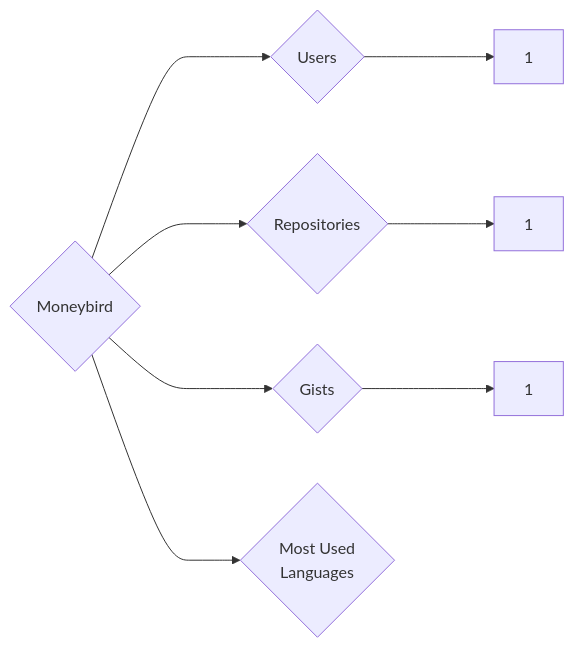
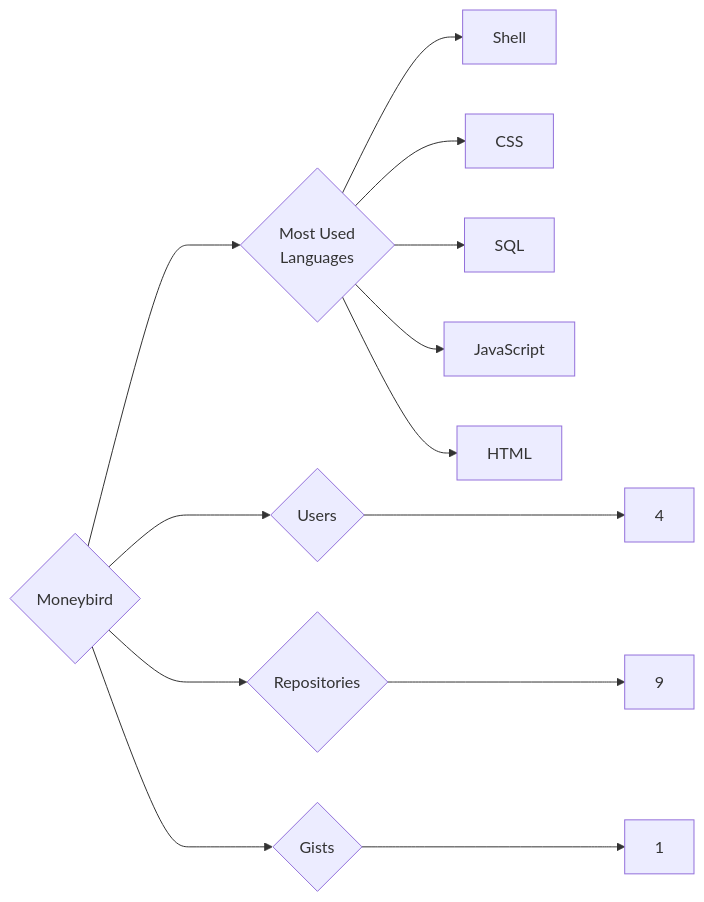
The diagram in targets/Moneybird/README.md (trickest/insiders), drawn with Mermaid before and after one commit. The commit also changed 903 other files, not shown here.

````diff
--- a/targets/Moneybird/README.md
+++ b/targets/Moneybird/README.md
@@ -3,8 +3,13 @@
 ```mermaid
 graph LR
 COMPANY_NAME{Moneybird}
-COMPANY_NAME ---> U{Users} ---> UN[1]
-COMPANY_NAME ---> R{Repositories} ---> RN[1]
+COMPANY_NAME ---> U{Users} ---> UN[4]
+COMPANY_NAME ---> R{Repositories} ---> RN[9]
 COMPANY_NAME ---> G{Gists} ---> GN[1]
 COMPANY_NAME ---> ML{Most Used<br>Languages}
+ML --> Shell[Shell]
+ML --> CSS[CSS]
+ML --> SQL[SQL]
+ML --> JavaScript[JavaScript]
+ML --> HTML[HTML]
 ```
````
